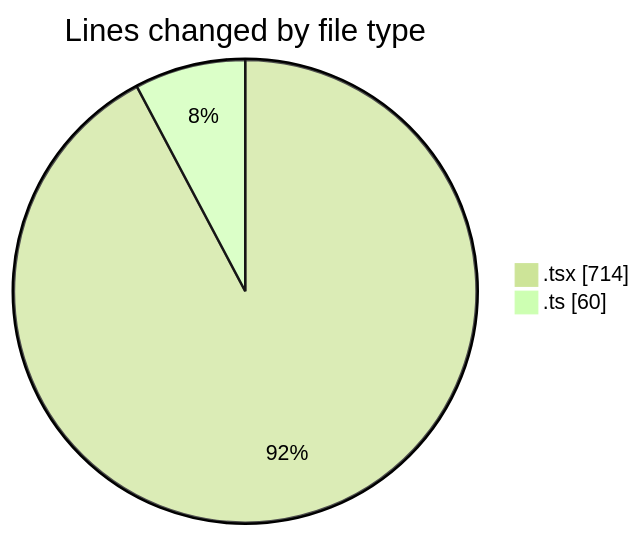
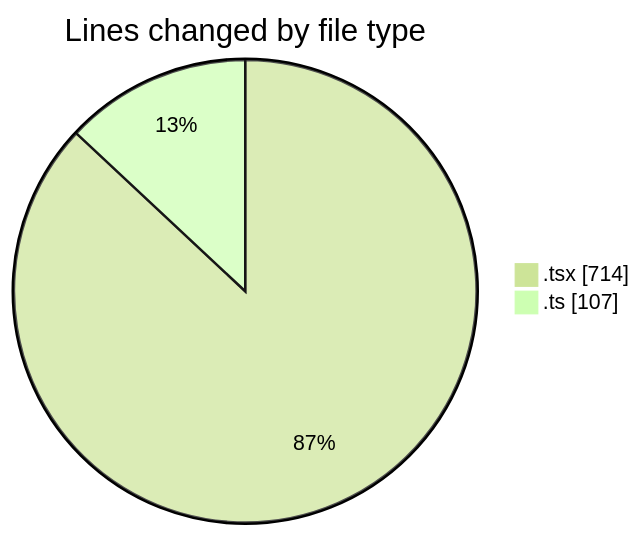
One commit to nxtqubesakshisongat/code-tracking changed the first of 2 diagrams in 2026-02-20/nxtqube_webapp/README.md. Above: the diagram before and after it, drawn with Mermaid (forest theme). The commit also changed other lines of this file and 1 other file, not shown here.

````diff
--- a/2026-02-20/nxtqube_webapp/README.md
+++ b/2026-02-20/nxtqube_webapp/README.md
@@ -21,6 +22,6 @@
 ```mermaid
 pie showData
 title Lines changed by file type
 ".tsx" : 714
-".ts" : 60
+".ts" : 107
 ```
````
